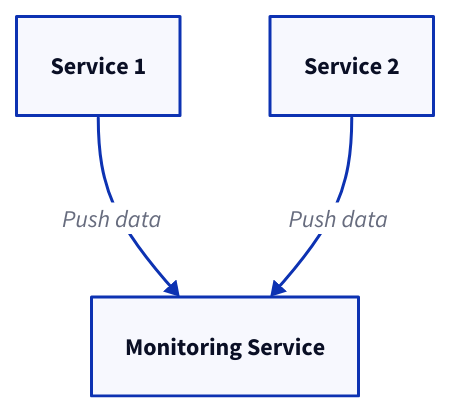
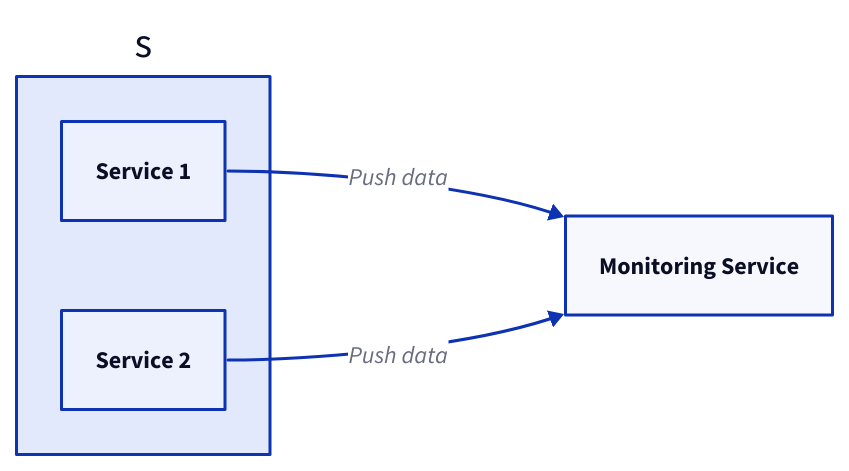
One commit to link1905/system-design-101 changed the first of 8 diagrams in content/docs/system-administration/system-monitoring/_index.md. Above: the diagram before and after it, drawn with D2. The commit also changed other lines of this file and 21 other files, not shown here.

````diff
--- a/content/docs/system-administration/system-monitoring/_index.md
+++ b/content/docs/system-administration/system-monitoring/_index.md
@@ -23,13 +23,17 @@
 ```d2
+direction: right
+s {
+  class: none
+  s1: Service 1 {
+      class: server
+  }
+  s2: Service 2 {
+      class: server
+  }
+}
 m: Monitoring Service {
     class: monitor
 }
-s1: Service 1 {
-    class: server
-}
-s2: Service 2 {
-    class: server
-}
-s1 -> m: Push data
-s2 -> m: Push data
+s.s1 -> m: Push data
+s.s2 -> m: Push data
 ```
````
